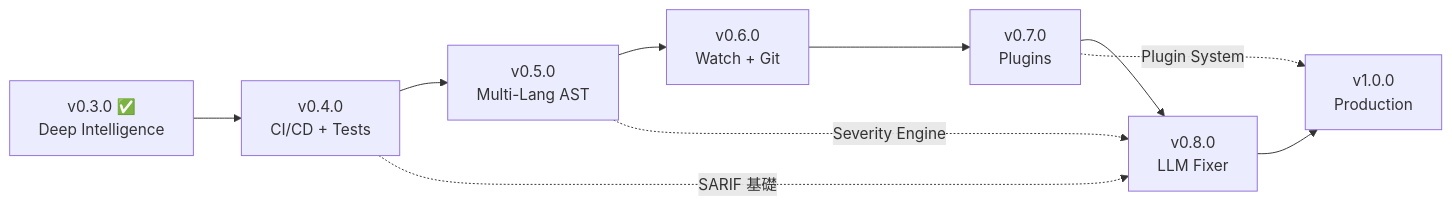
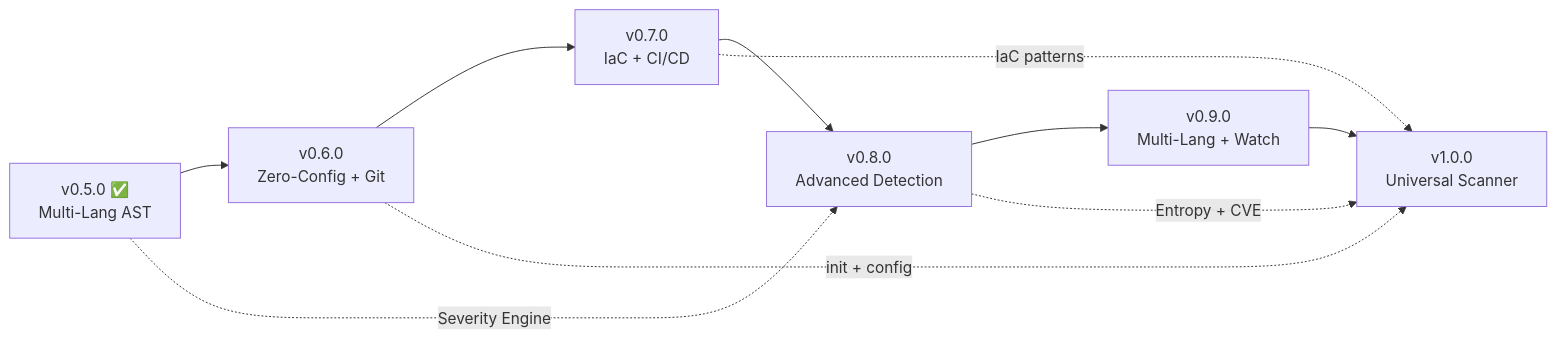
The diagram in .agentcortex/specs/ghostcheck-roadmap-v1.md (KbWen/security-tools), drawn with Mermaid before and after one commit. The commit also changed other lines of this file, not shown here.

Commit message:
docs(specs): upgrade roadmap to v2.0 - universal scanner vision with IaC, CVE, multi-lang AST, zero-config init

````diff
--- a/.agentcortex/specs/ghostcheck-roadmap-v1.md
+++ b/.agentcortex/specs/ghostcheck-roadmap-v1.md
@@ -379,13 +426,13 @@
 ```mermaid
 graph LR
-    v0.3["v0.3.0 ✅<br/>Deep Intelligence"] --> v0.4["v0.4.0<br/>CI/CD + Tests"]
-    v0.4 --> v0.5["v0.5.0<br/>Multi-Lang AST"]
-    v0.5 --> v0.6["v0.6.0<br/>Watch + Git"]
-    v0.6 --> v0.7["v0.7.0<br/>Plugins"]
-    v0.7 --> v0.8["v0.8.0<br/>LLM Fixer"]
-    v0.8 --> v1.0["v1.0.0<br/>Production"]
-    
-    v0.4 -.->|"SARIF 基礎"| v0.8
+    v0.5["v0.5.0 ✅<br/>Multi-Lang AST"] --> v0.6["v0.6.0<br/>Zero-Config + Git"]
+    v0.6 --> v0.7["v0.7.0<br/>IaC + CI/CD"]
+    v0.7 --> v0.8["v0.8.0<br/>Advanced Detection"]
+    v0.8 --> v0.9["v0.9.0<br/>Multi-Lang + Watch"]
+    v0.9 --> v1.0["v1.0.0<br/>Universal Scanner"]
+
+    v0.6 -.->|"init + config"| v1.0
+    v0.7 -.->|"IaC patterns"| v1.0
+    v0.8 -.->|"Entropy + CVE"| v1.0
     v0.5 -.->|"Severity Engine"| v0.8
-    v0.7 -.->|"Plugin System"| v1.0
 ```
````
